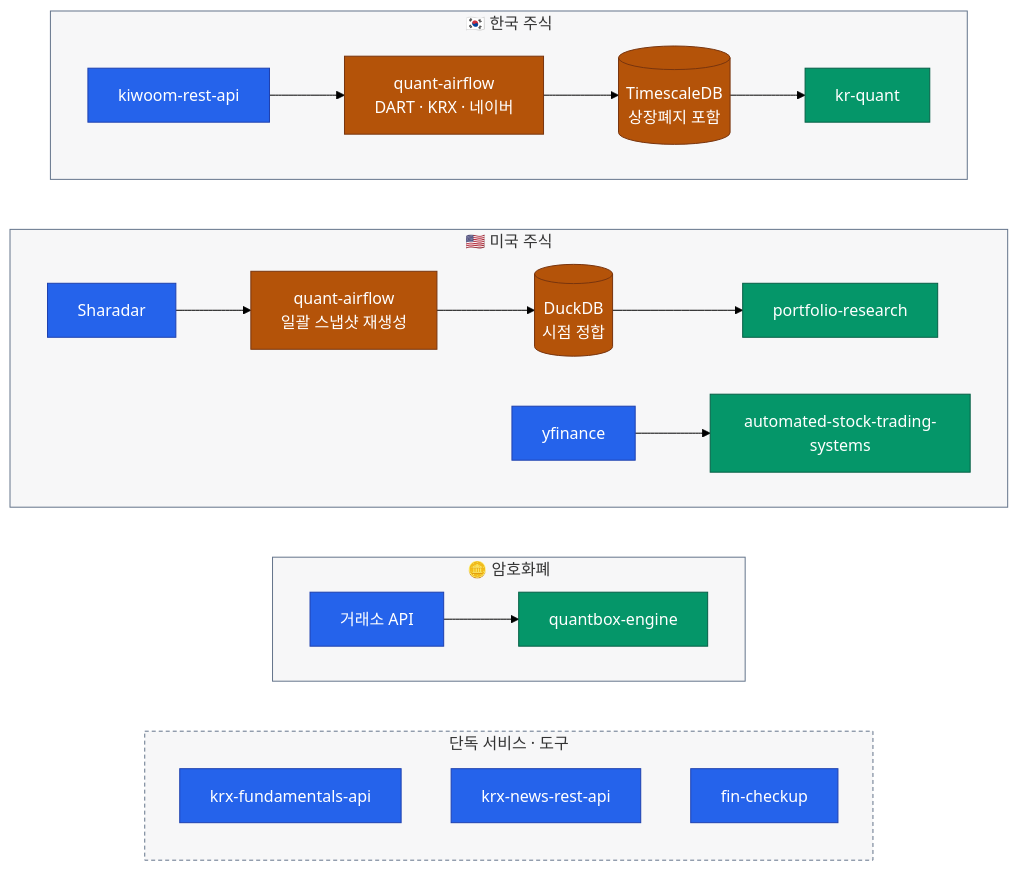
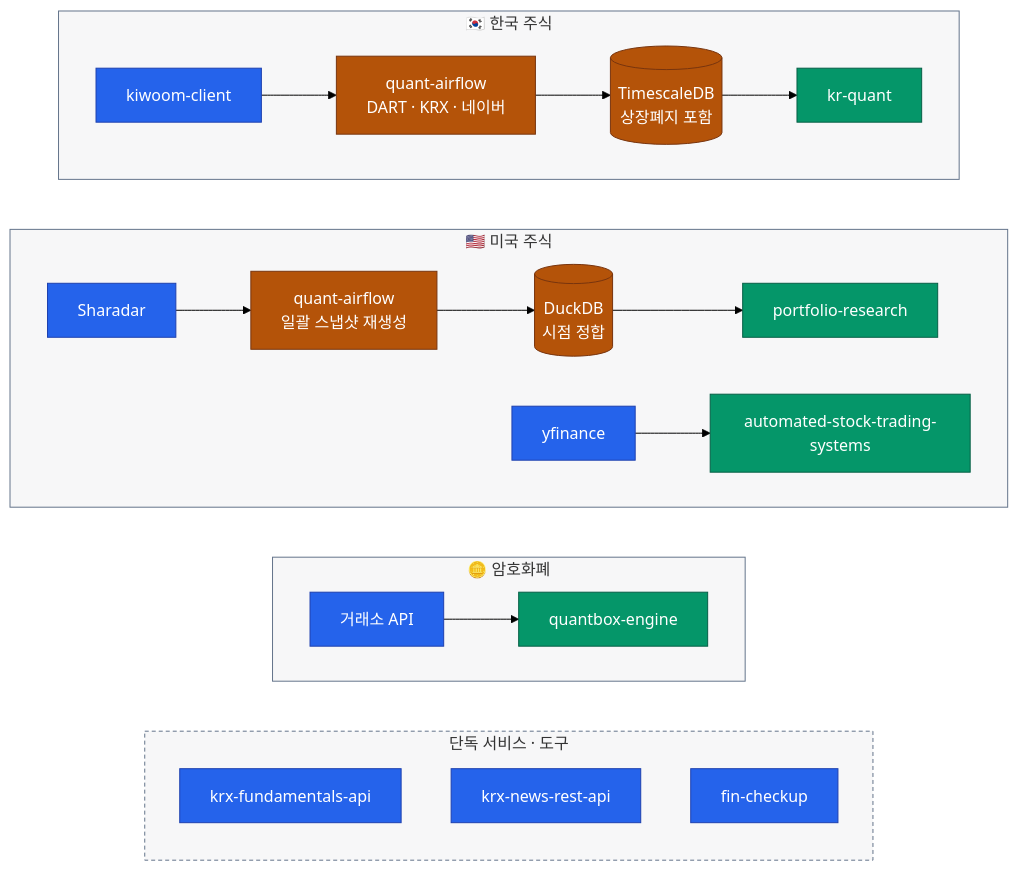
The diagram in README.ko.md (younghwan91/younghwan91), drawn with Mermaid (forest theme) before and after one commit. The commit also changed other lines of this file and 2 other files, not shown here.

Commit message:
docs: kiwoom-rest-api → kiwoom-client 저장소명 변경 반영
Claude-Session: https://claude.ai/code/session_018jWhf1kUqEcVwqyeKNXxQm

````diff
--- a/README.ko.md
+++ b/README.ko.md
@@ -22,41 +22,41 @@
 ```mermaid
 flowchart TB
     subgraph KR ["🇰🇷 한국 주식"]
         direction LR
-        K["kiwoom-rest-api"] --> AF["quant-airflow<br/>DART · KRX · 네이버"] --> DB[("TimescaleDB<br/>상장폐지 포함")] --> Q["kr-quant"]
+        K["kiwoom-client"] --> AF["quant-airflow<br/>DART · KRX · 네이버"] --> DB[("TimescaleDB<br/>상장폐지 포함")] --> Q["kr-quant"]
     end
 
     subgraph US ["🇺🇸 미국 주식"]
         direction LR
         SH["Sharadar"] --> AFU["quant-airflow<br/>일괄 스냅샷 재생성"] --> DD[("DuckDB<br/>시점 정합")] --> O["portfolio-research"]
         YF["yfinance"] --> AT["automated-stock-trading-systems"]
     end
 
     subgraph CX ["🪙 암호화폐"]
         direction LR
         EX["거래소 API"] --> CR["quantbox-engine"]
     end
 
     subgraph SVC ["단독 서비스 · 도구"]
         direction TB
         F["krx-fundamentals-api"]
         NW["krx-news-rest-api"]
         FC["fin-checkup"]
     end
 
     %% 세로 정렬용 — `~~~` 는 그 자체로 보이지 않는 링크다(linkStyle 불필요).
     KR ~~~ US ~~~ CX ~~~ SVC
 
     classDef source fill:#2563EB,stroke:#1E40AF,color:#FFFFFF
     classDef move   fill:#B45309,stroke:#78350F,color:#FFFFFF
     classDef out    fill:#059669,stroke:#065F46,color:#FFFFFF
 
     class K,SH,YF,EX,F,NW,FC source
     class AF,AFU,DB,DD move
     class Q,O,AT,CR out
 
     style KR  fill:#0F172A08,stroke:#64748B
     style US  fill:#0F172A08,stroke:#64748B
     style CX  fill:#0F172A08,stroke:#64748B
     style SVC fill:#0F172A08,stroke:#64748B,stroke-dasharray:4 3
 ```
````
